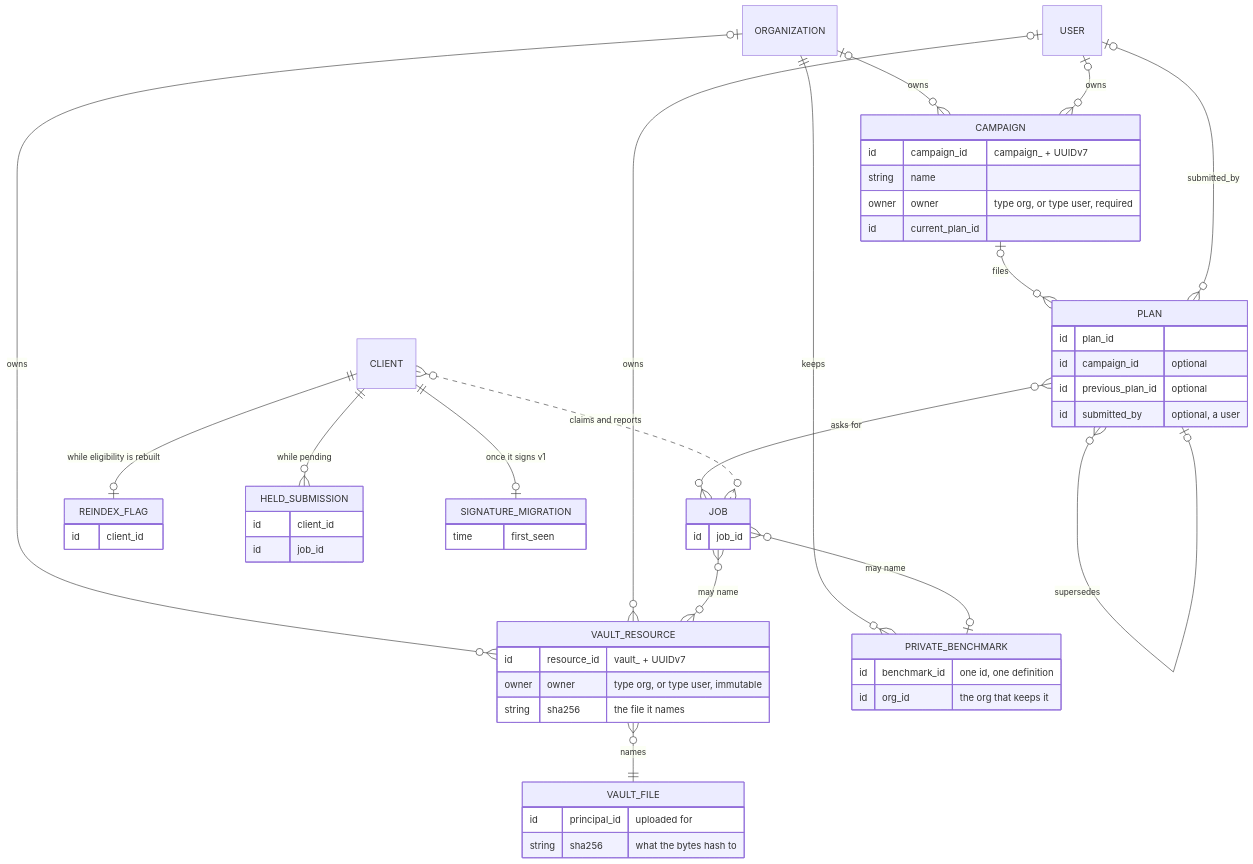
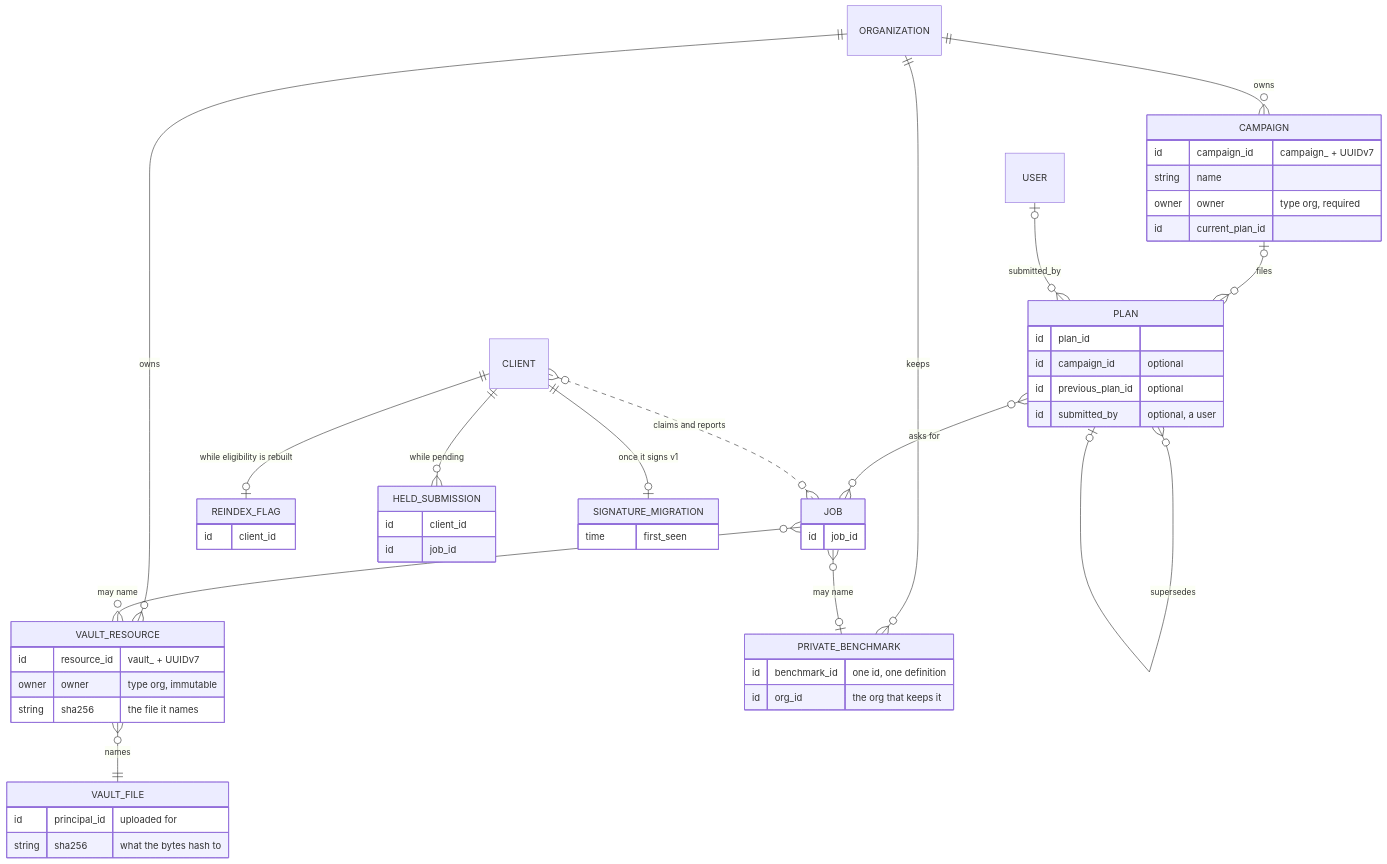
Before and after one commit to Liquid4All/pipette-mgmt: the fourth of 27 diagrams in docs/topology.md, drawn with Mermaid. The commit also changed other lines of this file and 432 other files, not shown here.

````diff
--- a/docs/topology.md
+++ b/docs/topology.md
@@ -259,58 +252,56 @@
 ```mermaid
 erDiagram
     CAMPAIGN {
         id campaign_id "campaign_ + UUIDv7"
         string name
-        owner owner "type org, or type user, required"
+        owner owner "type org, required"
         id current_plan_id
     }
     PLAN {
         id plan_id
         id campaign_id "optional"
         id previous_plan_id "optional"
         id submitted_by "optional, a user"
     }
     JOB {
         id job_id
     }
     VAULT_RESOURCE {
         id resource_id "vault_ + UUIDv7"
-        owner owner "type org, or type user, immutable"
+        owner owner "type org, immutable"
         string sha256 "the file it names"
     }
     VAULT_FILE {
         id principal_id "uploaded for"
         string sha256 "what the bytes hash to"
     }
     PRIVATE_BENCHMARK {
         id benchmark_id "one id, one definition"
         id org_id "the org that keeps it"
     }
     REINDEX_FLAG {
         id client_id
     }
     HELD_SUBMISSION {
         id client_id
         id job_id
     }
     SIGNATURE_MIGRATION {
         time first_seen
     }
 
-    ORGANIZATION |o--o{ CAMPAIGN : "owns"
-    USER |o--o{ CAMPAIGN : "owns"
+    ORGANIZATION ||--o{ CAMPAIGN : "owns"
     CAMPAIGN |o--o{ PLAN : "files"
     PLAN }o--o| PLAN : "supersedes"
     USER |o--o{ PLAN : "submitted_by"
     PLAN }o--o{ JOB : "asks for"
-    ORGANIZATION |o--o{ VAULT_RESOURCE : "owns"
-    USER |o--o{ VAULT_RESOURCE : "owns"
+    ORGANIZATION ||--o{ VAULT_RESOURCE : "owns"
     VAULT_RESOURCE }o--|| VAULT_FILE : "names"
     ORGANIZATION ||--o{ PRIVATE_BENCHMARK : "keeps"
     JOB }o--o{ VAULT_RESOURCE : "may name"
     JOB }o--o| PRIVATE_BENCHMARK : "may name"
     CLIENT }o..o{ JOB : "claims and reports"
     CLIENT ||--o| REINDEX_FLAG : "while eligibility is rebuilt"
     CLIENT ||--o{ HELD_SUBMISSION : "while pending"
     CLIENT ||--o| SIGNATURE_MIGRATION : "once it signs v1"
 ```
````
